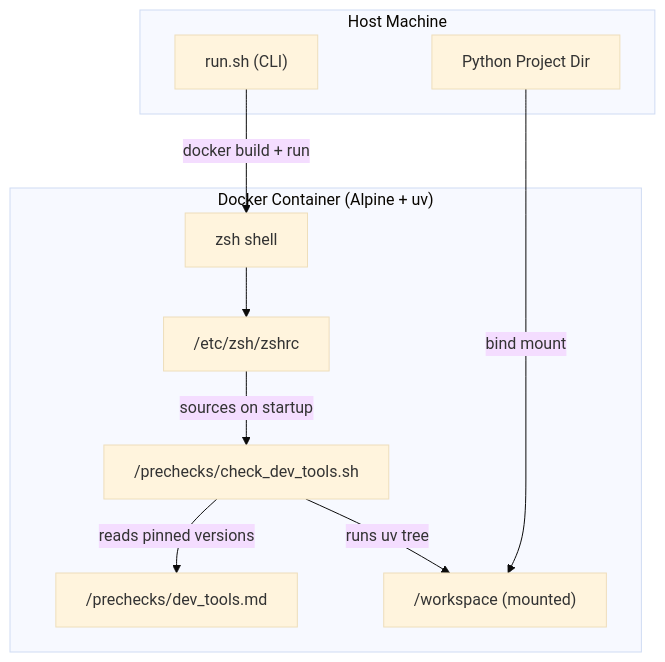
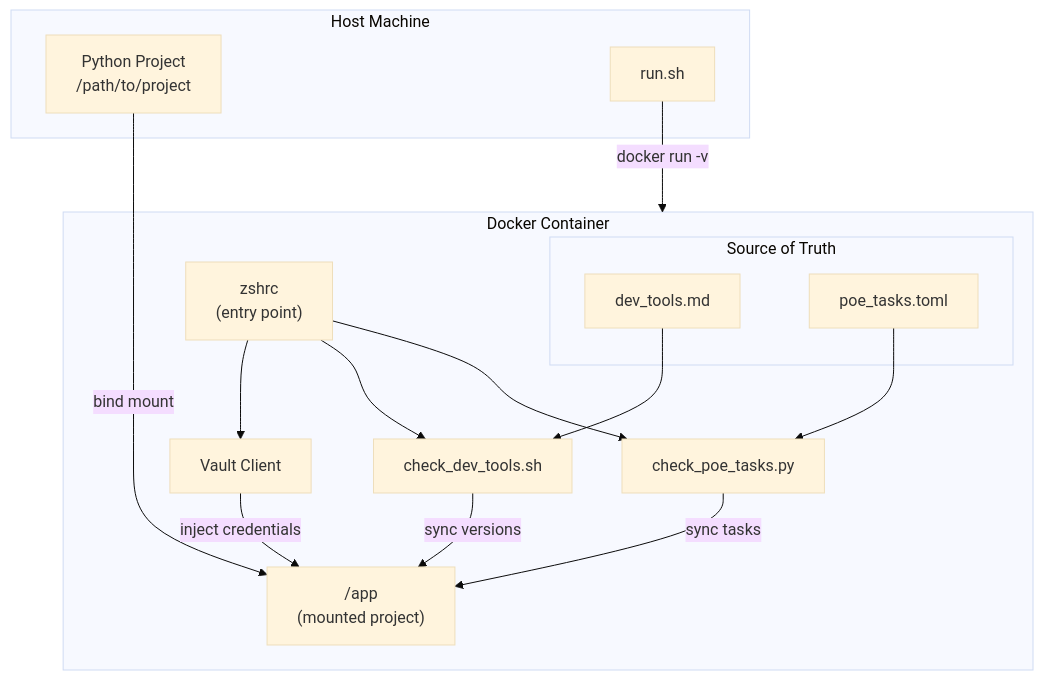
The diagram in docs/systemPatterns.md (sittizen/jeanclaude), drawn with Mermaid (base theme) before and after one commit. The commit also changed other lines of this file and 6 other files, not shown here.

````diff
--- a/docs/systemPatterns.md
+++ b/docs/systemPatterns.md
@@ -5,22 +5,35 @@
 ```mermaid
 flowchart TB
     subgraph Host["Host Machine"]
-        CLI["run.sh (CLI)"]
-        ProjectDir["Python Project Dir"]
+        Project["Python Project<br>/path/to/project"]
+        RunScript["run.sh"]
     end
 
-    subgraph Container["Docker Container (Alpine + uv)"]
-        ZSH["zsh shell"]
-        ZSHRC["/etc/zsh/zshrc"]
-        Prechecks["/prechecks/check_dev_tools.sh"]
-        Manifest["/prechecks/dev_tools.md"]
-        Workspace["/workspace (mounted)"]
+    subgraph Container["Docker Container"]
+        ZshRC["zshrc<br>(entry point)"]
+        Vault["Vault Client"]
+        CheckDevTools["check_dev_tools.sh"]
+        CheckPoeTasks["check_poe_tasks.py"]
+        
+        subgraph SourceOfTruth["Source of Truth"]
+            DevToolsMd["dev_tools.md"]
+            PoeTasksToml["poe_tasks.toml"]
+        end
+        
+        MountedProject["/app<br>(mounted project)"]
     end
 
-    CLI -->|"docker build + run"| ZSH
-    ProjectDir -->|"bind mount"| Workspace
-    ZSH --> ZSHRC
-    ZSHRC -->|"sources on startup"| Prechecks
-    Prechecks -->|"reads pinned versions"| Manifest
-    Prechecks -->|"runs uv tree"| Workspace
+    RunScript -->|"docker run -v"| Container
+    Project -->|"bind mount"| MountedProject
+    
+    ZshRC --> Vault
+    ZshRC --> CheckDevTools
+    ZshRC --> CheckPoeTasks
+    
+    Vault -->|"inject credentials"| MountedProject
+    CheckDevTools -->|"sync versions"| MountedProject
+    CheckPoeTasks -->|"sync tasks"| MountedProject
+    
+    DevToolsMd --> CheckDevTools
+    PoeTasksToml --> CheckPoeTasks
 ```
````
